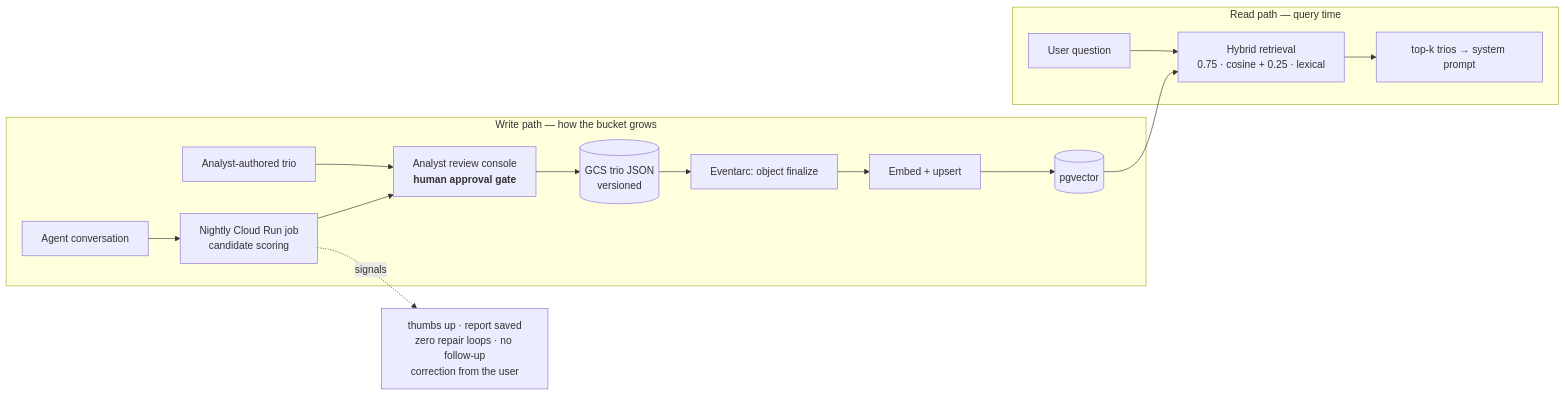
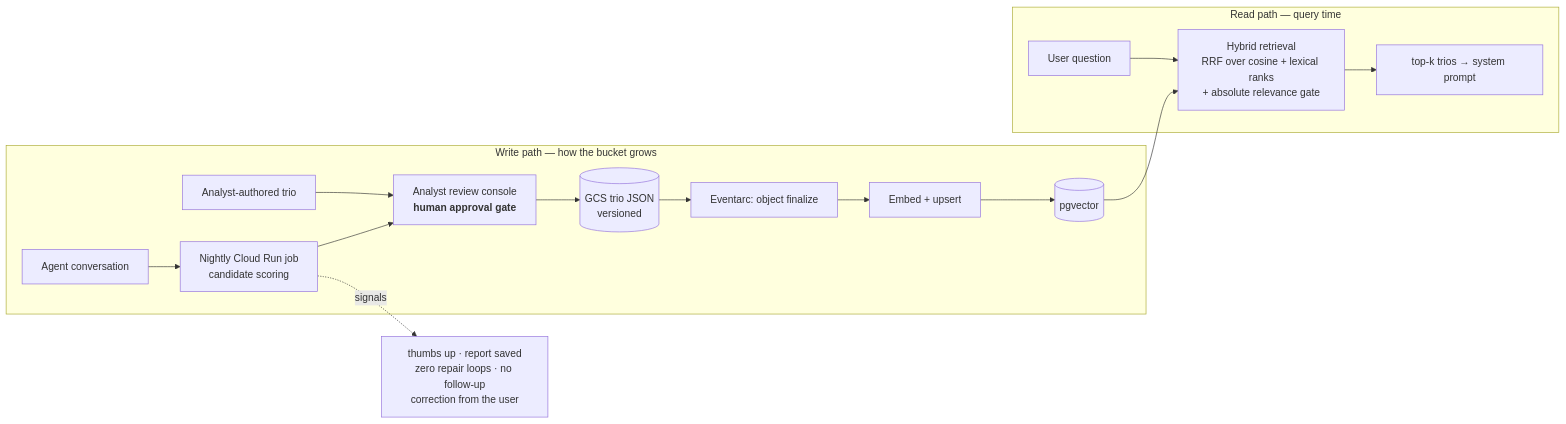
The fourth of 4 diagrams in docs/architecture.md (vlewv11/opsfleet), drawn with Mermaid before and after one commit. The commit also changed other lines of this file and 11 other files, not shown here.

````diff
--- a/docs/architecture.md
+++ b/docs/architecture.md
@@ -143,20 +143,20 @@
 ```mermaid
 graph LR
     subgraph write["Write path — how the bucket grows"]
         CONV["Agent conversation"] --> SCORE["Nightly Cloud Run job<br/>candidate scoring"]
         ANALYST["Analyst-authored trio"] --> REVIEW
         SCORE --> REVIEW["Analyst review console<br/><b>human approval gate</b>"]
         REVIEW --> GCS[("GCS trio JSON<br/>versioned")]
         GCS --> EV["Eventarc: object finalize"]
         EV --> EMBED["Embed + upsert"]
         EMBED --> IDX[("pgvector")]
     end
 
     subgraph read["Read path — query time"]
-        Q["User question"] --> HY["Hybrid retrieval<br/>0.75 · cosine + 0.25 · lexical"]
+        Q["User question"] --> HY["Hybrid retrieval<br/>RRF over cosine + lexical ranks<br/>+ absolute relevance gate"]
         IDX --> HY
         HY --> TOPK["top-k trios → system prompt"]
     end
 
     SCORE -. signals .-> S1["thumbs up · report saved<br/>zero repair loops · no follow-up<br/>correction from the user"]
 ```
````
